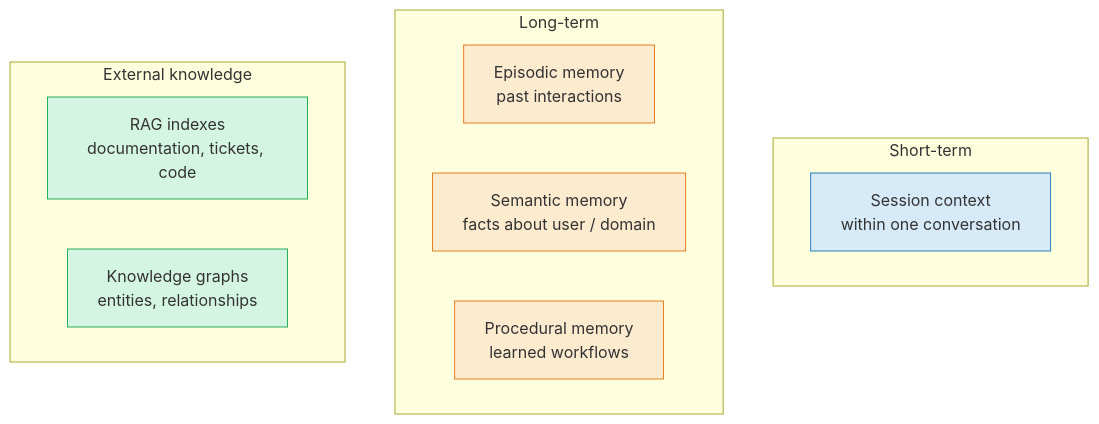
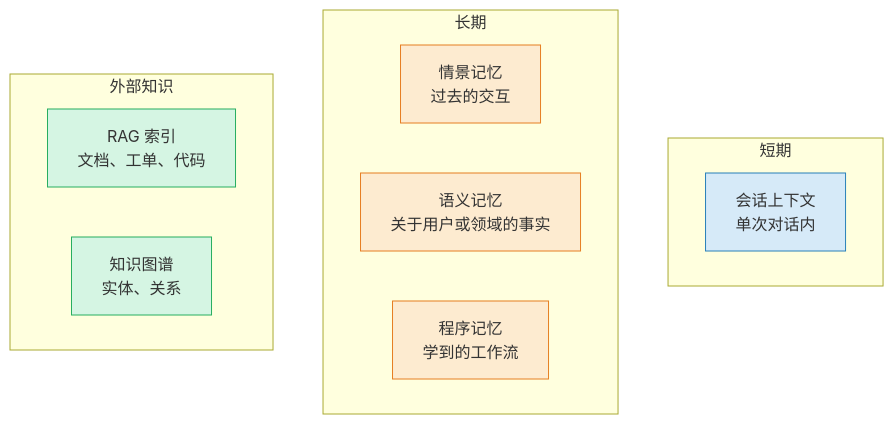
One commit to latere-ai/ai-as-an-infrastructure changed the third of 4 diagrams in zh/p5-orchestration/22-memory-systems.qmd. Above: the diagram before and after it, drawn with Mermaid. The commit also changed other lines of this file and 73 other files, not shown here.

First line of the commit message:
book: add concept diagrams across all chapters, bilingual

````diff
--- a/zh/p5-orchestration/22-memory-systems.qmd
+++ b/zh/p5-orchestration/22-memory-systems.qmd
@@ -56,25 +109,27 @@
 ```{mermaid}
+%%| label: fig-memory-taxonomy
+%%| fig-cap: "记忆分为短期与长期（情景、语义、程序），不同于 RAG 所检索的那种共享的外部知识。"
 graph TB
     classDef short fill:#d6eaf8,stroke:#2980b9
     classDef long fill:#fdebd0,stroke:#e67e22
     classDef external fill:#d5f5e3,stroke:#27ae60
 
-    subgraph "Short-term"
-        ST[Session context<br/>within one conversation]
+    subgraph "短期"
+        ST["会话上下文<br/>单次对话内"]
     end
 
-    subgraph "Long-term"
-        EM[Episodic memory<br/>past interactions]
-        SM[Semantic memory<br/>facts about user / domain]
-        PM[Procedural memory<br/>learned workflows]
+    subgraph "长期"
+        EM["情景记忆<br/>过去的交互"]
+        SM["语义记忆<br/>关于用户或领域的事实"]
+        PM["程序记忆<br/>学到的工作流"]
     end
 
-    subgraph "External knowledge"
-        RAG[RAG indexes<br/>documentation, tickets, code]
-        KG[Knowledge graphs<br/>entities, relationships]
+    subgraph "外部知识"
+        RAG["RAG 索引<br/>文档、工单、代码"]
+        KG["知识图谱<br/>实体、关系"]
     end
 
     class ST short
     class EM,SM,PM long
     class RAG,KG external
 ```
````
